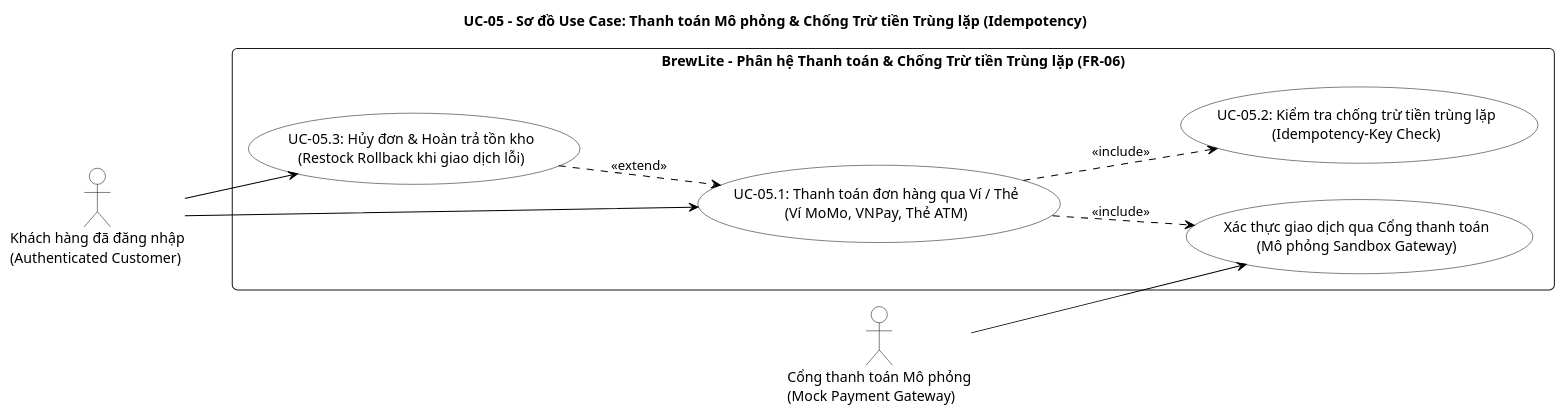
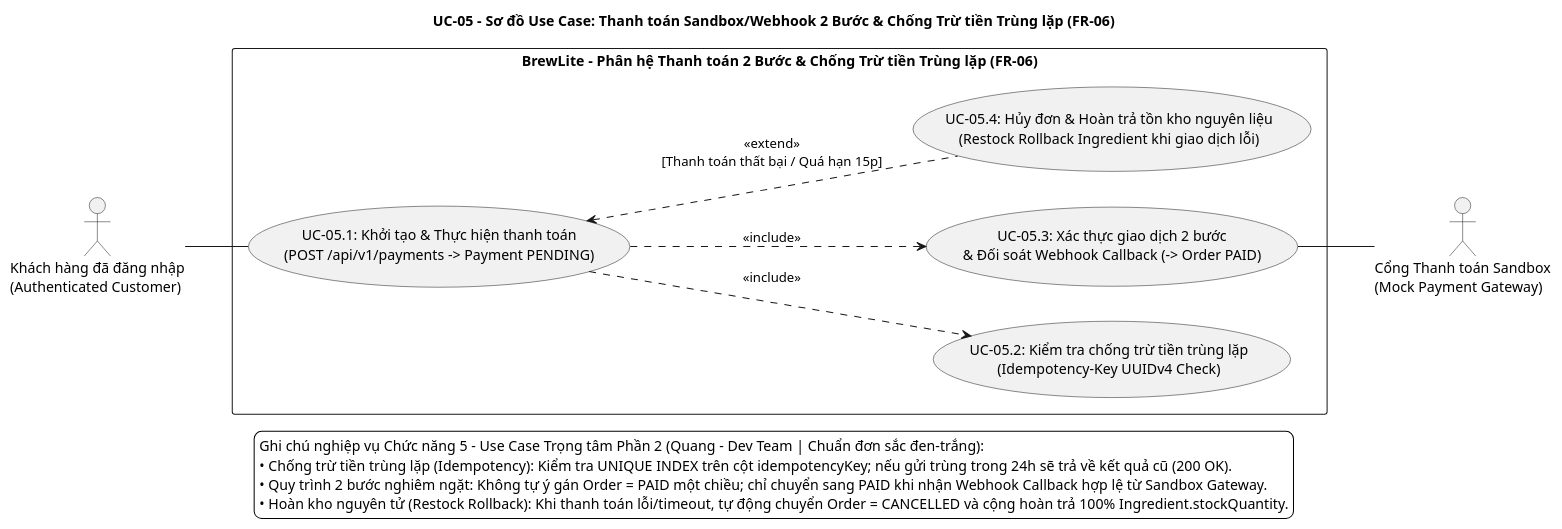
The diagram in docs/diagrams/uc-05-payment.puml (SamuiSang/brewlite2), drawn with PlantUML before and after one commit. The commit also changed 13 other files, not shown here.

Commit message:
docs(task1.2-1.3): unify SRS & Use Case specs for all 6 modules and standardize monochrome SVG diagrams

```diff
--- a/docs/diagrams/uc-05-payment.puml
+++ b/docs/diagrams/uc-05-payment.puml
@@ -1,43 +1,35 @@
 @startuml uc-05-payment
-title UC-05 - Sơ đồ Use Case: Thanh toán Mô phỏng & Chống Trừ tiền Trùng lặp (Idempotency)
+title UC-05 - Sơ đồ Use Case: Thanh toán Sandbox/Webhook 2 Bước & Chống Trừ tiền Trùng lặp (FR-06)
 
+left to right direction
 skinparam monochrome true
 skinparam shadowing false
+skinparam backgroundColor white
 skinparam defaultFontName "Segoe UI", "Arial", sans-serif
-skinparam roundcorner 10
-skinparam actorStyle stickman
 skinparam packageStyle rectangle
 
-skinparam usecase {
-    BorderColor black
-    BackgroundColor white
-    ArrowColor black
+actor "Khách hàng đã đăng nhập\n(Authenticated Customer)" as Customer
+actor "Cổng Thanh toán Sandbox\n(Mock Payment Gateway)" as MockGateway
+
+rectangle "BrewLite - Phân hệ Thanh toán 2 Bước & Chống Trừ tiền Trùng lặp (FR-06)" as System {
+    usecase "UC-05.1: Khởi tạo & Thực hiện thanh toán\n(POST /api/v1/payments -> Payment PENDING)" as UC_Pay
+    usecase "UC-05.2: Kiểm tra chống trừ tiền trùng lặp\n(Idempotency-Key UUIDv4 Check)" as UC_Idempotency
+    usecase "UC-05.3: Xác thực giao dịch 2 bước\n& Đối soát Webhook Callback (-> Order PAID)" as UC_GatewayAuth
+    usecase "UC-05.4: Hủy đơn & Hoàn trả tồn kho nguyên liệu\n(Restock Rollback Ingredient khi giao dịch lỗi)" as UC_Rollback
 }
 
-skinparam actor {
-    BorderColor black
-    BackgroundColor white
-}
-
-left to right direction
-
-actor "Khách hàng đã đăng nhập\n(Authenticated Customer)" as Customer
-actor "Cổng thanh toán Mô phỏng\n(Mock Payment Gateway)" as MockGateway
-
-rectangle "BrewLite - Phân hệ Thanh toán & Chống Trừ tiền Trùng lặp (FR-06)" as System {
-    usecase "UC-05.1: Thanh toán đơn hàng qua Ví / Thẻ\n(Ví MoMo, VNPay, Thẻ ATM)" as UC_Pay
-    usecase "UC-05.2: Kiểm tra chống trừ tiền trùng lặp\n(Idempotency-Key Check)" as UC_Idempotency
-    usecase "Xác thực giao dịch qua Cổng thanh toán\n(Mô phỏng Sandbox Gateway)" as UC_GatewayAuth
-    usecase "UC-05.3: Hủy đơn & Hoàn trả tồn kho\n(Restock Rollback khi giao dịch lỗi)" as UC_Rollback
-}
-
-Customer --> UC_Pay
-Customer --> UC_Rollback
+Customer -- UC_Pay
 
 UC_Pay ..> UC_Idempotency : <<include>>
 UC_Pay ..> UC_GatewayAuth : <<include>>
-UC_Rollback ..> UC_Pay : <<extend>>
+UC_Rollback .up.> UC_Pay : <<extend>>\n[Thanh toán thất bại / Quá hạn 15p]
 
-MockGateway --> UC_GatewayAuth
+UC_GatewayAuth -- MockGateway
 
+legend bottom
+  Ghi chú nghiệp vụ Chức năng 5 - Use Case Trọng tâm Phần 2 (Quang - Dev Team | Chuẩn đơn sắc đen-trắng):
+  • Chống trừ tiền trùng lặp (Idempotency): Kiểm tra UNIQUE INDEX trên cột idempotencyKey; nếu gửi trùng trong 24h sẽ trả về kết quả cũ (200 OK).
+  • Quy trình 2 bước nghiêm ngặt: Không tự ý gán Order = PAID một chiều; chỉ chuyển sang PAID khi nhận Webhook Callback hợp lệ từ Sandbox Gateway.
+  • Hoàn kho nguyên tử (Restock Rollback): Khi thanh toán lỗi/timeout, tự động chuyển Order = CANCELLED và cộng hoàn trả 100% Ingredient.stockQuantity.
+endlegend
 @enduml
```
